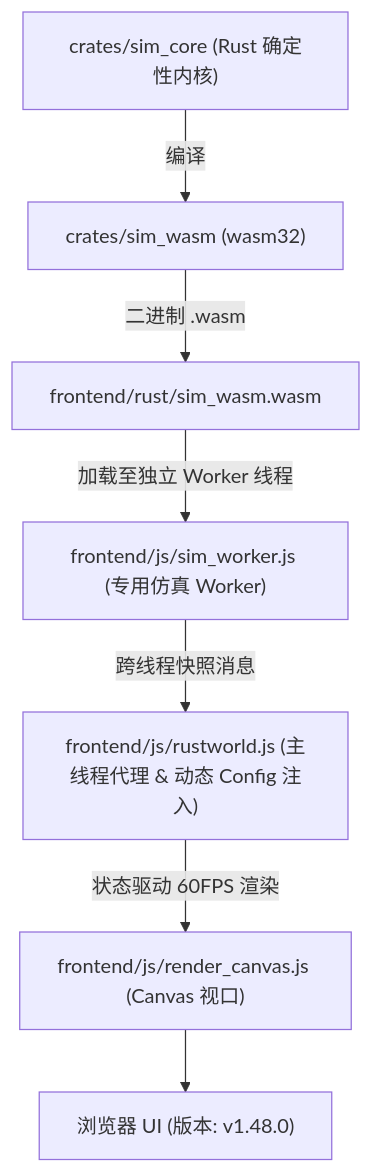
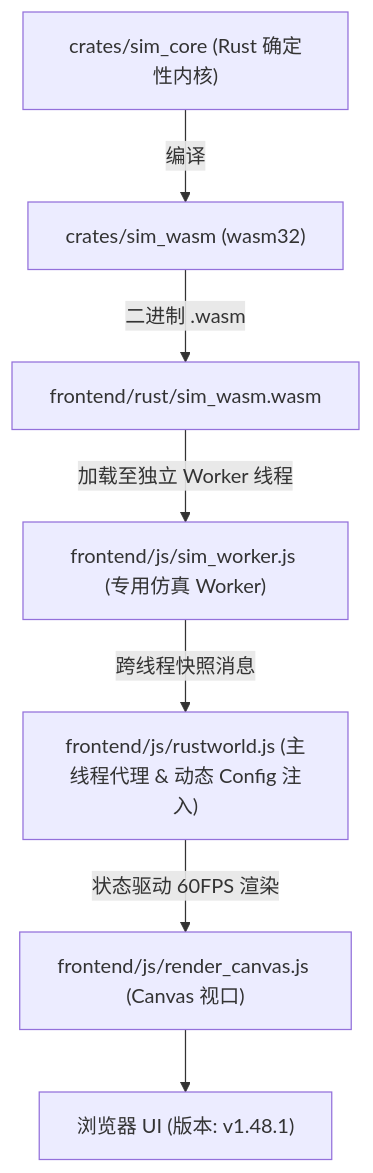
Before and after one commit to g39088902/FlowAndAccord: the diagram in AGENTS.md, drawn with Mermaid. The commit also changed other lines of this file and 14 other files, not shown here.

````diff
--- a/AGENTS.md
+++ b/AGENTS.md
@@ -61,9 +61,9 @@
 ```mermaid
 graph TD
     A["crates/sim_core (Rust 确定性内核)"] -->|编译| B["crates/sim_wasm (wasm32)"]
     B -->|二进制 .wasm| C["frontend/rust/sim_wasm.wasm"]
     C -->|加载至独立 Worker 线程| D["frontend/js/sim_worker.js (专用仿真 Worker)"]
     D -->|跨线程快照消息| E["frontend/js/rustworld.js (主线程代理 & 动态 Config 注入)"]
     E -->|状态驱动 60FPS 渲染| F["frontend/js/render_canvas.js (Canvas 视口)"]
-    F --> G["浏览器 UI (版本: v1.48.0)"]
+    F --> G["浏览器 UI (版本: v1.48.1)"]
 ```
````
